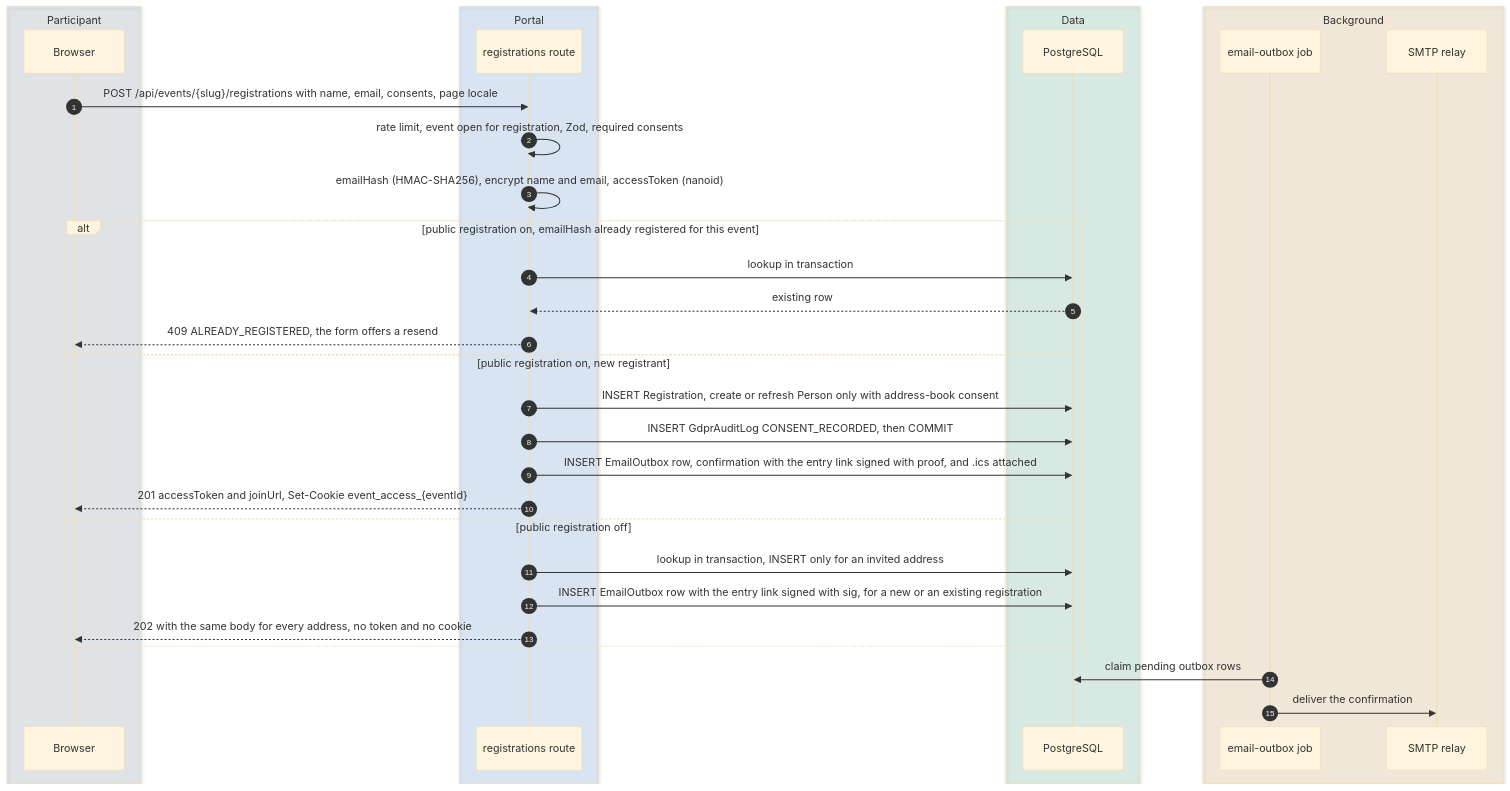
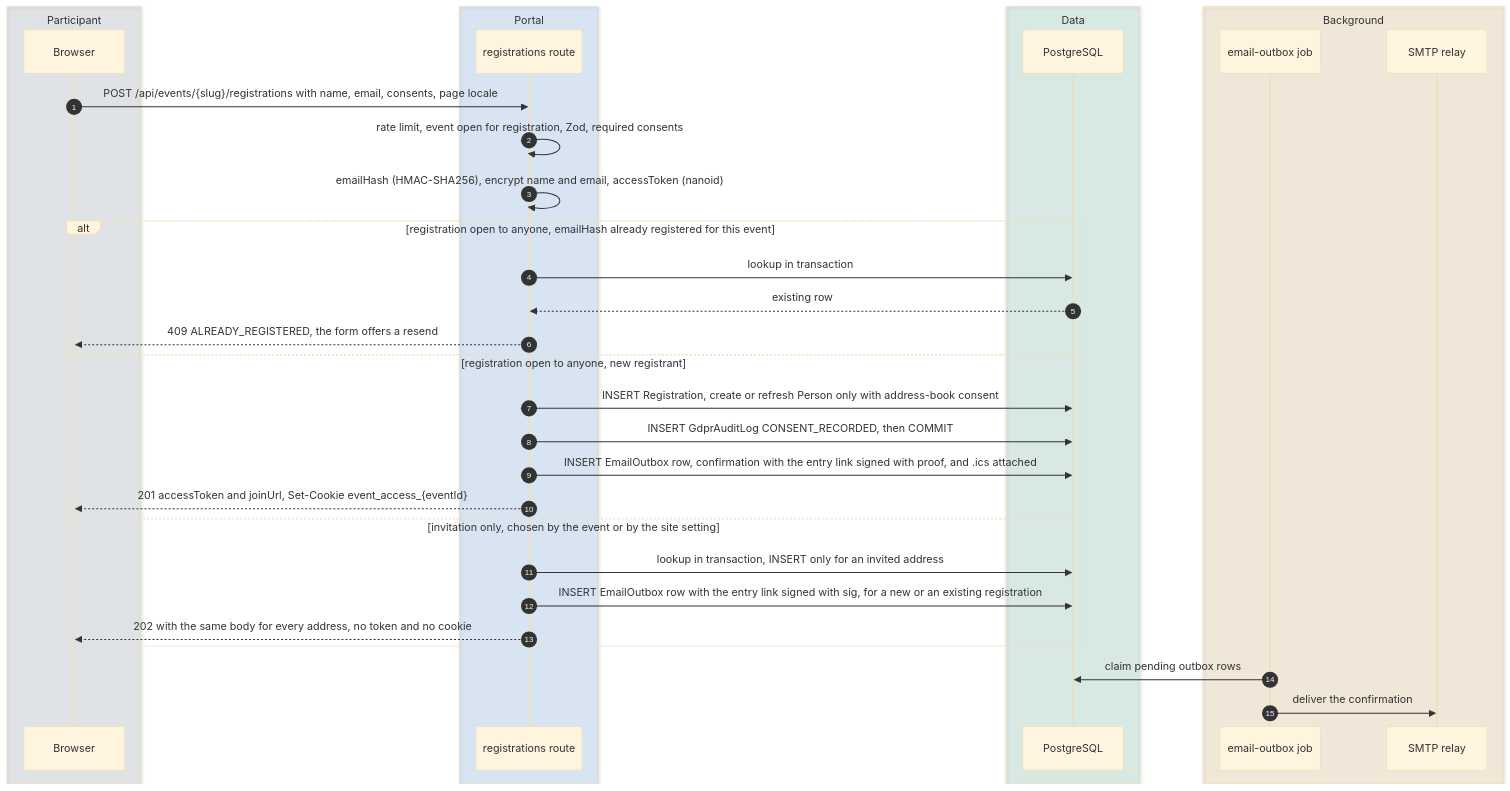
The third of 3 diagrams in docs/architecture/event-journey.md (italia/pa-webinar), drawn with Mermaid (base theme) before and after one commit. The commit also changed other lines of this file and 107 other files, not shown here.

````diff
--- a/docs/architecture/event-journey.md
+++ b/docs/architecture/event-journey.md
@@ -258,36 +261,36 @@
 ```mermaid
 sequenceDiagram
   autonumber
   box rgba(92,111,130,0.14) Participant
     participant B as Browser
   end
   box rgba(0,102,204,0.12) Portal
     participant R as registrations route
   end
   box rgba(0,128,85,0.12) Data
     participant DB as PostgreSQL
   end
   box rgba(204,122,0,0.12) Background
     participant J as email-outbox job
     participant M as SMTP relay
   end
   B->>R: POST /api/events/{slug}/registrations with name, email, consents, page locale
   R->>R: rate limit, event open for registration, Zod, required consents
   R->>R: emailHash (HMAC-SHA256), encrypt name and email, accessToken (nanoid)
-  alt public registration on, emailHash already registered for this event
+  alt registration open to anyone, emailHash already registered for this event
     R->>DB: lookup in transaction
     DB-->>R: existing row
     R-->>B: 409 ALREADY_REGISTERED, the form offers a resend
-  else public registration on, new registrant
+  else registration open to anyone, new registrant
     R->>DB: INSERT Registration, create or refresh Person only with address-book consent
     R->>DB: INSERT GdprAuditLog CONSENT_RECORDED, then COMMIT
     R->>DB: INSERT EmailOutbox row, confirmation with the entry link signed with proof, and .ics attached
     R-->>B: 201 accessToken and joinUrl, Set-Cookie event_access_{eventId}
-  else public registration off
+  else invitation only, chosen by the event or by the site setting
     R->>DB: lookup in transaction, INSERT only for an invited address
     R->>DB: INSERT EmailOutbox row with the entry link signed with sig, for a new or an existing registration
     R-->>B: 202 with the same body for every address, no token and no cookie
   end
   J->>DB: claim pending outbox rows
   J->>M: deliver the confirmation
 ```
````
